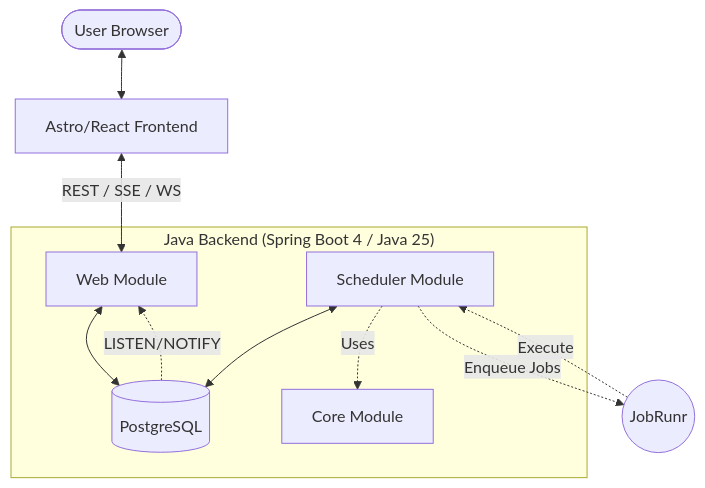
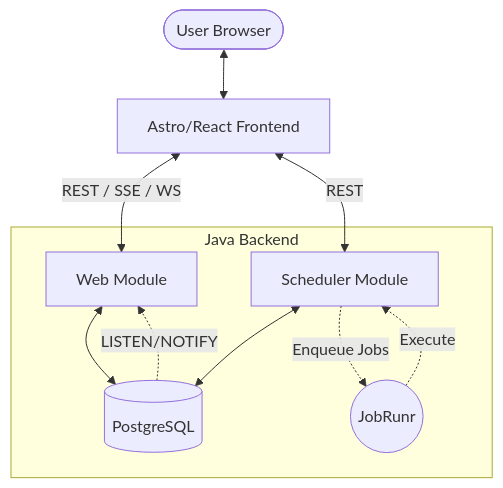
Before and after one commit to mangila/fibonacci: the diagram in java/README.md, drawn with Mermaid.

Commit message:
Update architecture diagram in README.md

````diff
--- a/java/README.md
+++ b/java/README.md
@@ -34,18 +34,18 @@
 ```mermaid
 graph TD
-    subgraph "Java Backend (Spring Boot 4 / Java 25)"
+    subgraph "Java Backend"
         Web[Web Module]
         Scheduler[Scheduler Module]
-        Core[Core Module]
         DB[(PostgreSQL)]
+        JobRunr
     end
 
     User([User Browser]) <--> Client[Astro/React Frontend]
     Client <-->|REST / SSE / WS| Web
+    Client <-->|REST| Scheduler
     Web <--> DB
     Scheduler <--> DB
-    Scheduler -.->|Uses| Core
     DB -.->|LISTEN/NOTIFY| Web
     Scheduler -.->|Enqueue Jobs| JobRunr((JobRunr))
     JobRunr -.->|Execute| Scheduler
 ```
````
